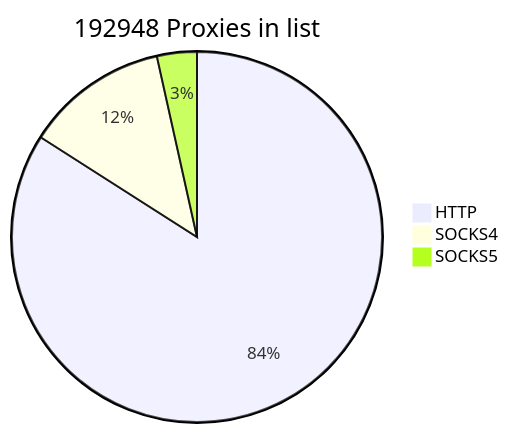
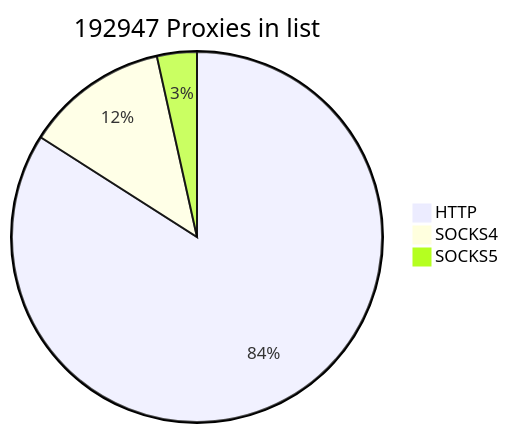
Before and after one commit to cutipu/proxylist: the first of 2 diagrams in README.md, drawn with Mermaid. The commit also changed other lines of this file, not shown here.

````diff
--- a/README.md
+++ b/README.md
@@ -2,7 +2,7 @@
 ```mermaid
-pie title 192948 Proxies in list
+pie title 192947 Proxies in list
     "HTTP" : 162150
     "SOCKS4" : 24084
-    "SOCKS5" : 6714
+    "SOCKS5" : 6713
             
 ```
````
